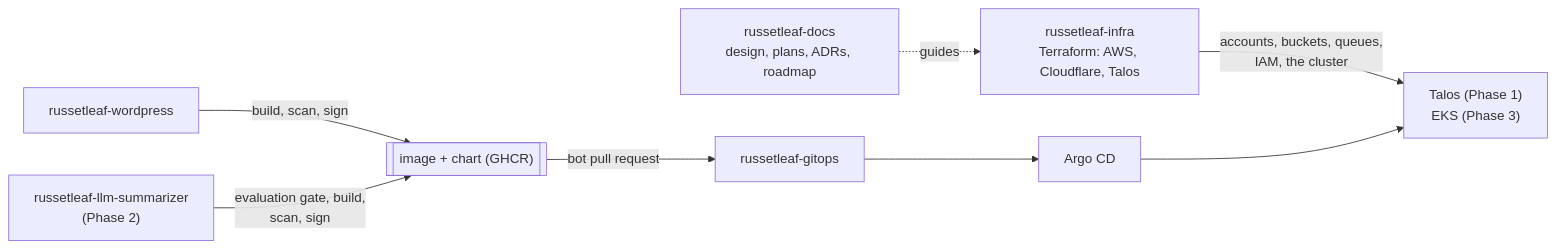
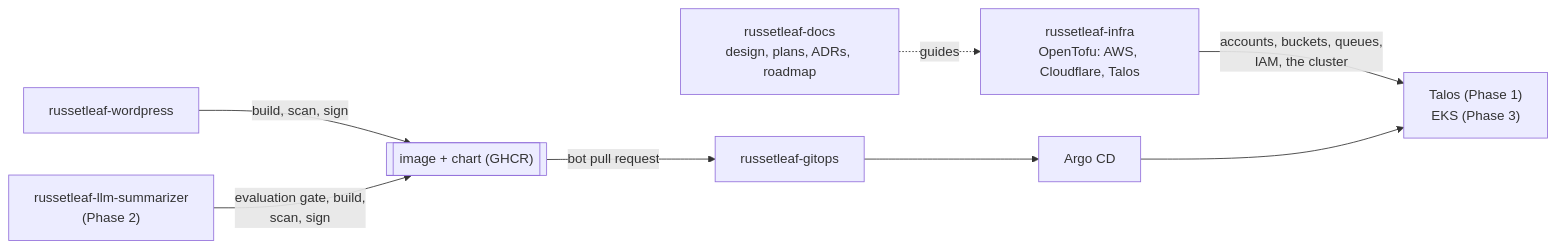
Before and after one commit to russetleaf/russetleaf-docs: the third of 3 diagrams in docs/overview.md, drawn with Mermaid. The commit also changed other lines of this file and 51 other files, not shown here.

````diff
--- a/docs/overview.md
+++ b/docs/overview.md
@@ -318,9 +318,9 @@
 ```mermaid
 flowchart LR
   docs["russetleaf-docs<br/>design, plans, ADRs, roadmap"] -.->|"guides"| infra
-  infra["russetleaf-infra<br/>Terraform: AWS, Cloudflare, Talos"] -->|"accounts, buckets, queues,<br/>IAM, the cluster"| clusters
+  infra["russetleaf-infra<br/>OpenTofu: AWS, Cloudflare, Talos"] -->|"accounts, buckets, queues,<br/>IAM, the cluster"| clusters
   image["russetleaf-wordpress"] -->|"build, scan, sign"| img[["image + chart (GHCR)"]]
   llm["russetleaf-llm-summarizer<br/>(Phase 2)"] -->|"evaluation gate, build,<br/>scan, sign"| img
   img -->|"bot pull request"| gitops["russetleaf-gitops"]
   gitops --> argo["Argo CD"] --> clusters["Talos (Phase 1)<br/>EKS (Phase 3)"]
 ```
````
